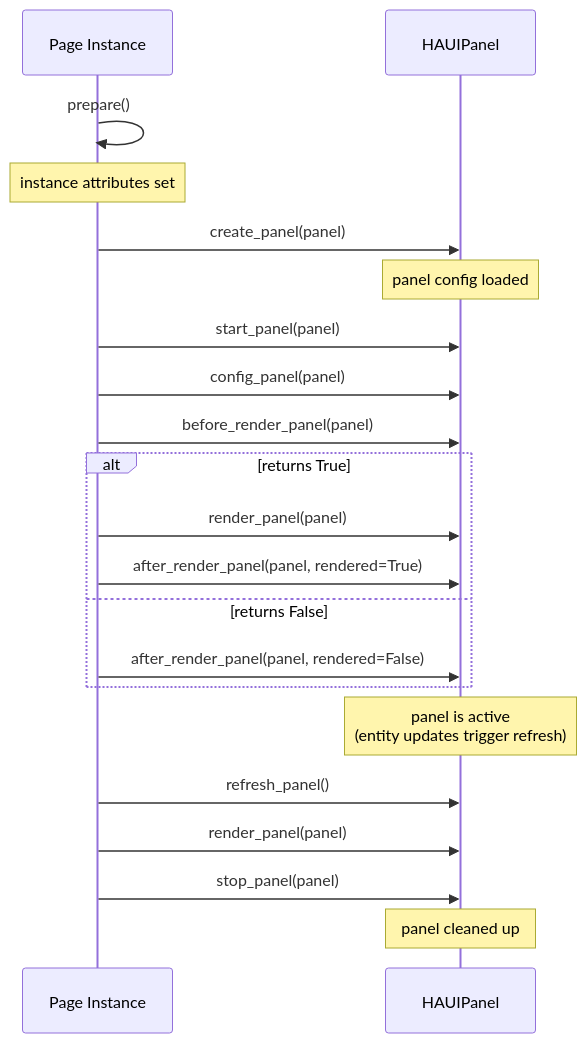
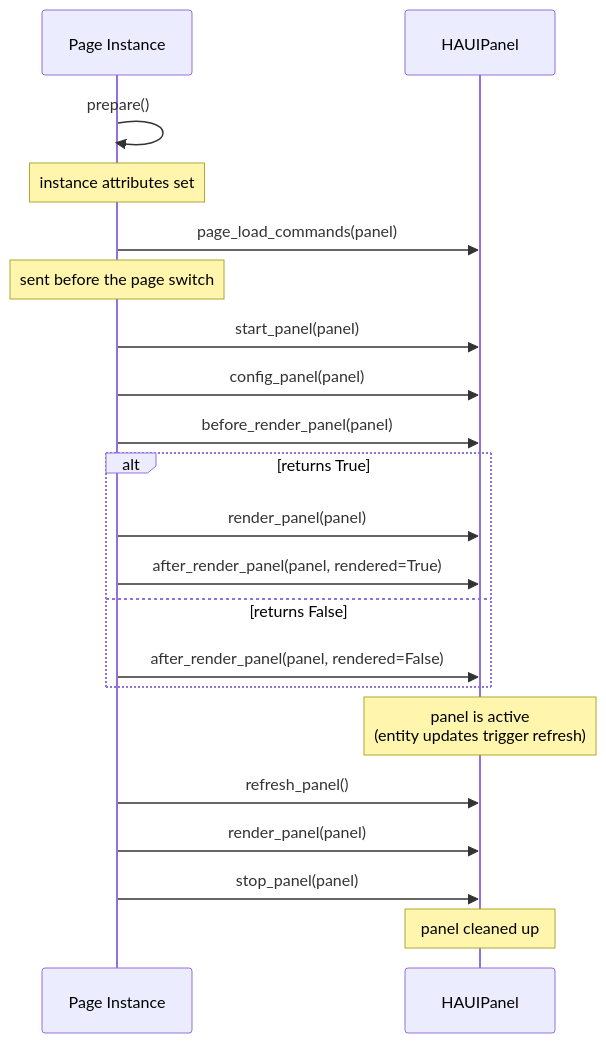
Before and after one commit to happydasch/nspanel_haui: the first of 2 diagrams in docs/hub.md, drawn with Mermaid. The commit also changed other lines of this file and 124 other files, not shown here.

````diff
--- a/docs/hub.md
+++ b/docs/hub.md
@@ -92,30 +92,30 @@
 ```mermaid
 sequenceDiagram
     participant Page as Page Instance
     participant Panel as HAUIPanel
 
     Page->>Page: prepare()
     Note over Page: instance attributes set
 
-    Page->>Panel: create_panel(panel)
-    Note over Panel: panel config loaded
+    Page->>Panel: page_load_commands(panel)
+    Note over Page: sent before the page switch
 
     Page->>Panel: start_panel(panel)
     Page->>Panel: config_panel(panel)
 
     Page->>Panel: before_render_panel(panel)
     alt returns True
         Page->>Panel: render_panel(panel)
         Page->>Panel: after_render_panel(panel, rendered=True)
     else returns False
         Page->>Panel: after_render_panel(panel, rendered=False)
     end
 
     Note over Panel: panel is active<br/>(entity updates trigger refresh)
 
     Page->>Panel: refresh_panel()
     Page->>Panel: render_panel(panel)
 
     Page->>Panel: stop_panel(panel)
     Note over Panel: panel cleaned up
 ```
````
